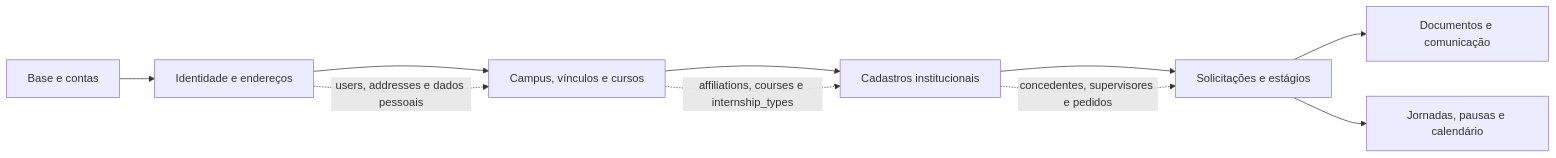
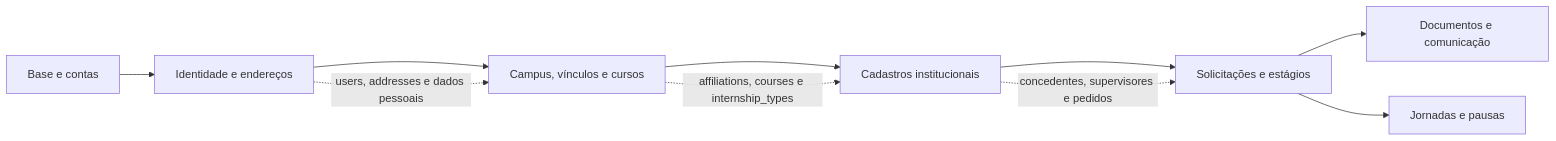
The diagram in docs/diagrams/sources/migrations-ordem.mmd (sge-suite/docs), drawn with Mermaid before and after one commit. The commit also changed 18 other files, not shown here.

```diff
--- a/docs/diagrams/sources/migrations-ordem.mmd
+++ b/docs/diagrams/sources/migrations-ordem.mmd
@@ -1,11 +1,11 @@
 flowchart LR
     A[Base e contas] --> B[Identidade e endereços]
     B --> C[Campus, vínculos e cursos]
     C --> D[Cadastros institucionais]
     D --> E[Solicitações e estágios]
     E --> F[Documentos e comunicação]
-    E --> G[Jornadas, pausas e calendário]
+    E --> G[Jornadas e pausas]
 
     B -. users, addresses e dados pessoais .-> C
     C -. affiliations, courses e internship_types .-> D
     D -. concedentes, supervisores e pedidos .-> E
```
